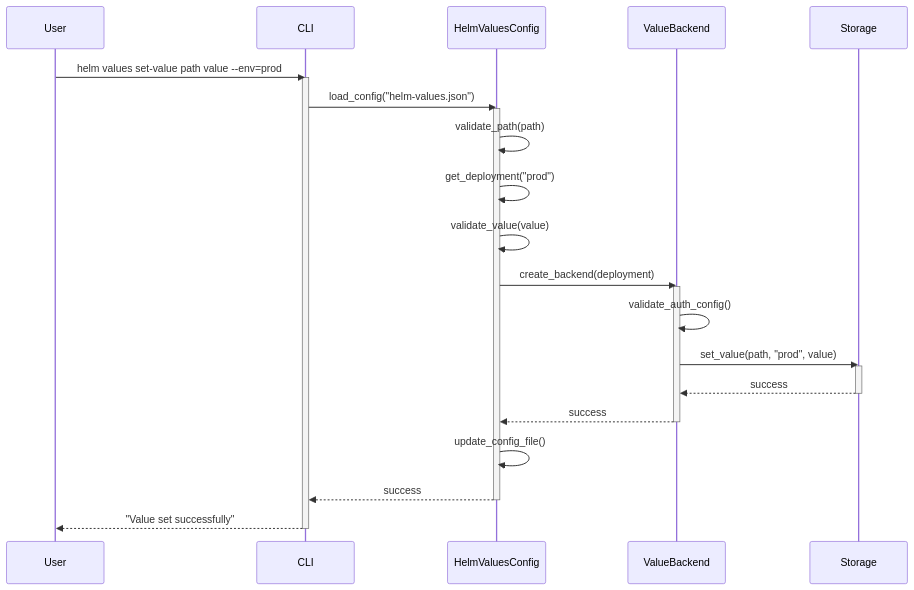
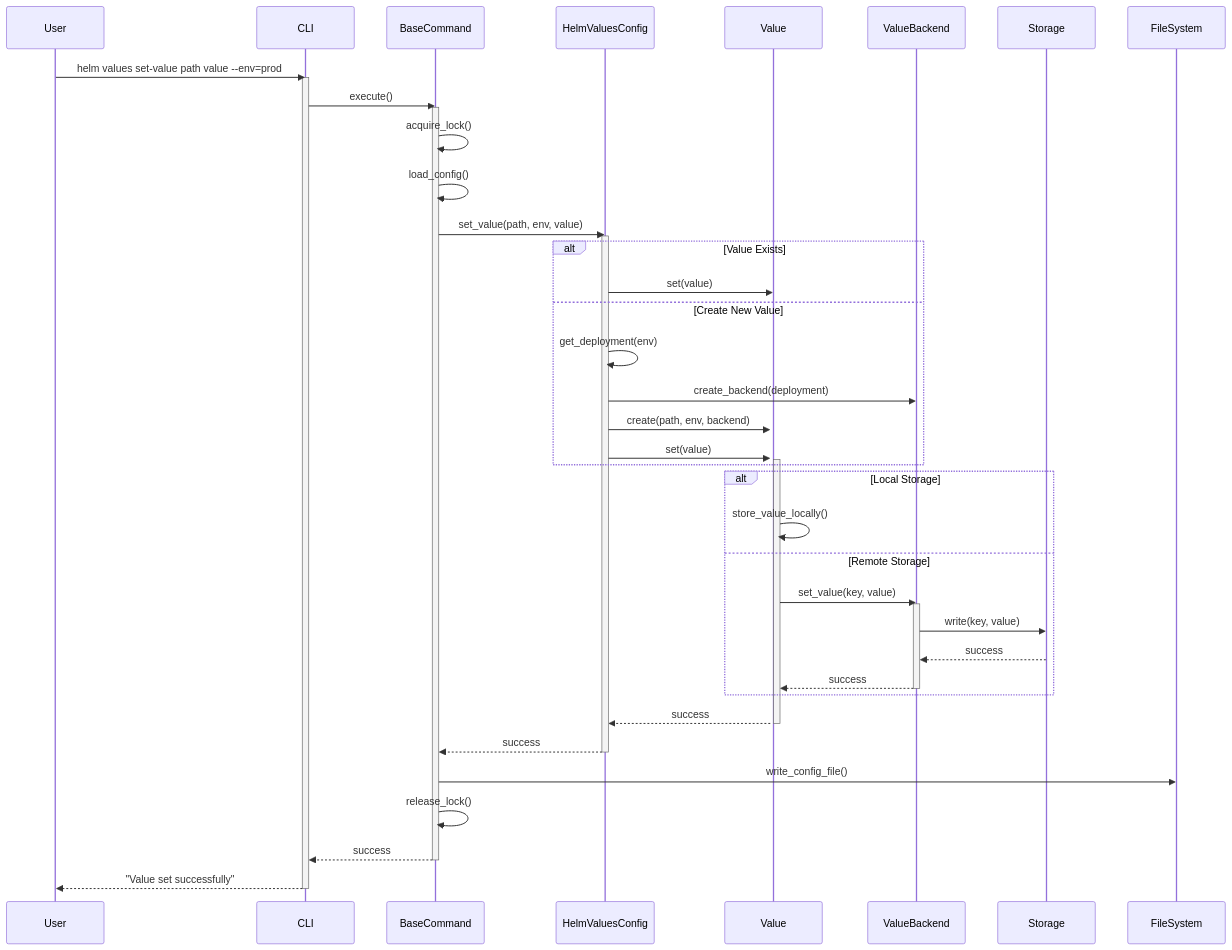
One commit to Zipstack/helm-values-manager changed the fourth of 12 diagrams in docs/Design/sequence-diagrams.md. Above: the diagram before and after it, drawn with Mermaid. The commit also changed other lines of this file and 16 other files, not shown here.

````diff
--- a/docs/Design/sequence-diagrams.md
+++ b/docs/Design/sequence-diagrams.md
@@ -78,37 +129,57 @@
 ```mermaid
 sequenceDiagram
     participant User
     participant CLI
+    participant BaseCommand
     participant HelmValuesConfig
+    participant Value
     participant ValueBackend
     participant Storage
 
     User->>CLI: helm values set-value path value --env=prod
     activate CLI
 
-    CLI->>HelmValuesConfig: load_config("helm-values.json")
+    CLI->>BaseCommand: execute()
+    activate BaseCommand
+
+    BaseCommand->>BaseCommand: acquire_lock()
+    BaseCommand->>BaseCommand: load_config()
+    BaseCommand->>HelmValuesConfig: set_value(path, env, value)
     activate HelmValuesConfig
 
-    HelmValuesConfig->>HelmValuesConfig: validate_path(path)
-    HelmValuesConfig->>HelmValuesConfig: get_deployment("prod")
-    HelmValuesConfig->>HelmValuesConfig: validate_value(value)
+    alt Value Exists
+        HelmValuesConfig->>Value: set(value)
+        activate Value
+    else Create New Value
+        HelmValuesConfig->>HelmValuesConfig: get_deployment(env)
+        HelmValuesConfig->>ValueBackend: create_backend(deployment)
+        HelmValuesConfig->>Value: create(path, env, backend)
+        HelmValuesConfig->>Value: set(value)
+        activate Value
+    end
 
-    HelmValuesConfig->>ValueBackend: create_backend(deployment)
-    activate ValueBackend
-    ValueBackend->>ValueBackend: validate_auth_config()
+    alt Local Storage
+        Value->>Value: store_value_locally()
+    else Remote Storage
+        Value->>ValueBackend: set_value(key, value)
+        activate ValueBackend
+        ValueBackend->>Storage: write(key, value)
+        Storage-->>ValueBackend: success
+        ValueBackend-->>Value: success
+        deactivate ValueBackend
+    end
 
-    ValueBackend->>Storage: set_value(path, "prod", value)
-    activate Storage
-    Storage-->>ValueBackend: success
-    deactivate Storage
+    Value-->>HelmValuesConfig: success
+    deactivate Value
 
-    ValueBackend-->>HelmValuesConfig: success
-    deactivate ValueBackend
+    HelmValuesConfig-->>BaseCommand: success
+    deactivate HelmValuesConfig
 
-    HelmValuesConfig->>HelmValuesConfig: update_config_file()
-    HelmValuesConfig-->>CLI: success
-    deactivate HelmValuesConfig
+    BaseCommand->>FileSystem: write_config_file()
+    BaseCommand->>BaseCommand: release_lock()
+    BaseCommand-->>CLI: success
+    deactivate BaseCommand
 
     CLI-->>User: "Value set successfully"
     deactivate CLI
 ```
````
